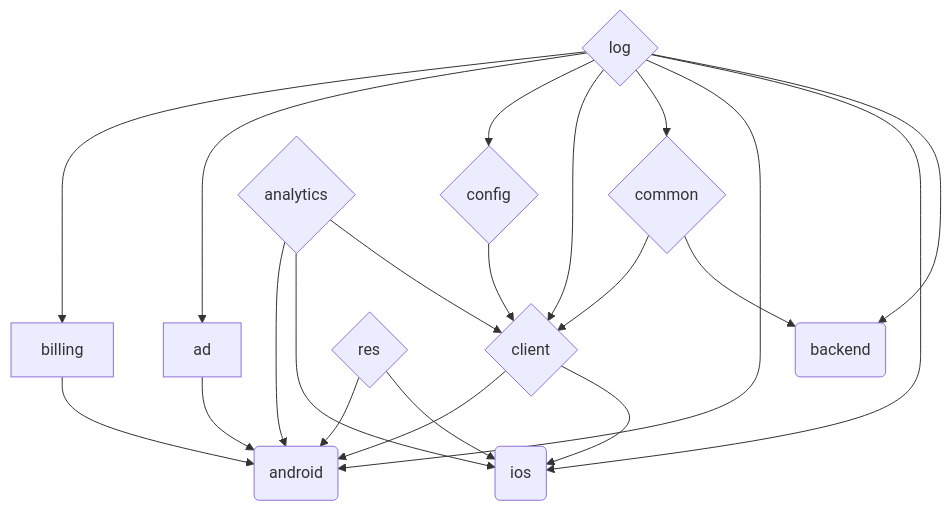
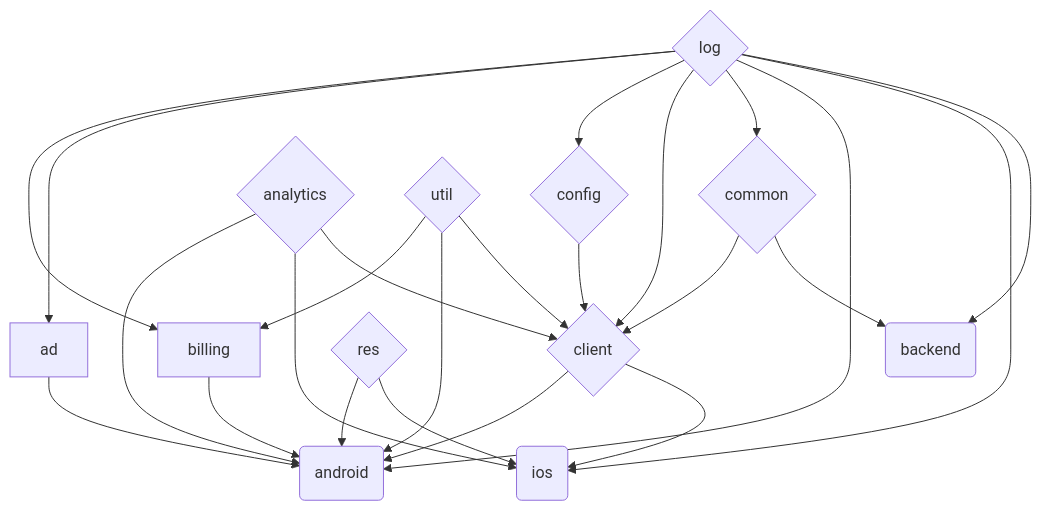
Before and after one commit to Oztechan/CCC: the first of 3 diagrams in README.md, drawn with Mermaid. The commit also changed 8 other files, not shown here.

````diff
--- a/README.md
+++ b/README.md
@@ -28,35 +28,39 @@
 ```mermaid
 graph TD;
 
 log{log} --> billing
 log --> ad
 log --> config
 log --> client
 log --> common
 log --> android
 log --> ios
 log --> backend
 
 billing-->android
 
 ad-->android
 
 config{config}-->client
 
 analytics{analytics} --> android
 analytics --> ios
 analytics-->client
 
 res{res}-->android
 res-->ios
 
 client{client}-->android
 client-->ios
 
 common{common}-->client
 common-->backend
 
+util{util} --> billing
+util --> android
+util --> client
+
 android(android)
 ios(ios)
 backend(backend)
 ```
````
